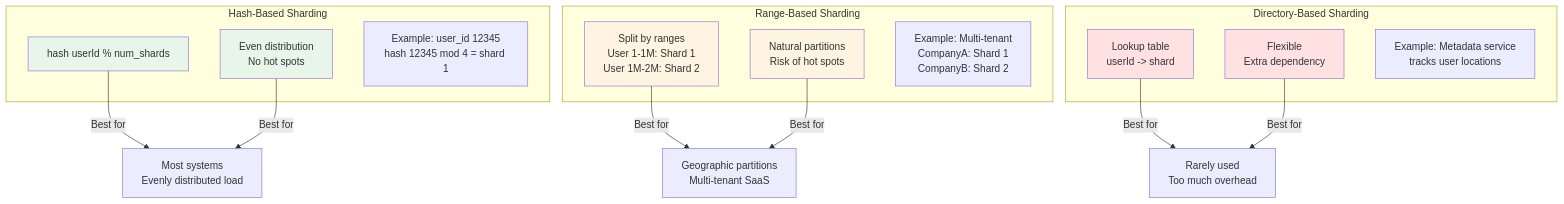
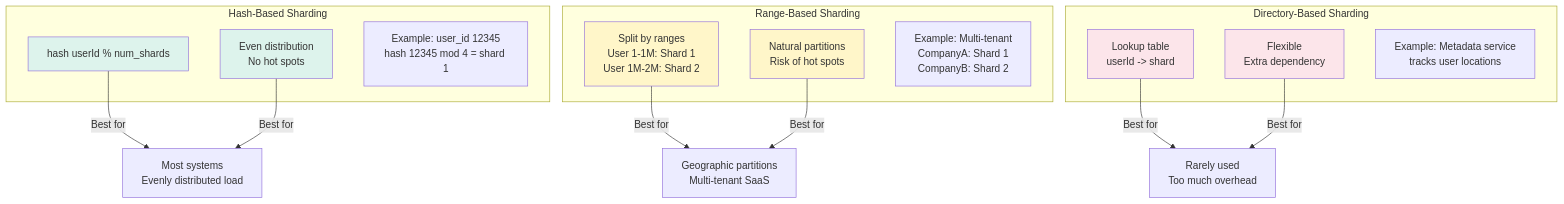
Diagram 16 of 34 in LLD/CoreConcepts/CoreConcepts.md (cartmancodes/InterviewVault), drawn with Mermaid before and after one commit. The commit also changed other lines of this file and 679 other files, not shown here.

Commit message:
Unify content diagrams and add accessible visual walkthroughs

````diff
--- a/LLD/CoreConcepts/CoreConcepts.md
+++ b/LLD/CoreConcepts/CoreConcepts.md
@@ -577,31 +577,31 @@
 ```mermaid
 graph TB
     subgraph "Hash-Based Sharding"
         H1[hash userId % num_shards]
         H2[Even distribution<br/>No hot spots]
         H3[Example: user_id 12345<br/>hash 12345 mod 4 = shard 1]
     end
     
     subgraph "Range-Based Sharding"
         R1[Split by ranges<br/>User 1-1M: Shard 1<br/>User 1M-2M: Shard 2]
         R2[Natural partitions<br/>Risk of hot spots]
         R3[Example: Multi-tenant<br/>CompanyA: Shard 1<br/>CompanyB: Shard 2]
     end
     
     subgraph "Directory-Based Sharding"
         D1[Lookup table<br/>userId -> shard]
         D2[Flexible<br/>Extra dependency]
         D3[Example: Metadata service<br/>tracks user locations]
     end
     
     H1 & H2 -->|Best for| HU[Most systems<br/>Evenly distributed load]
     R1 & R2 -->|Best for| RU[Geographic partitions<br/>Multi-tenant SaaS]
     D1 & D2 -->|Best for| DU[Rarely used<br/>Too much overhead]
     
-    style H1 fill:#e8f5e9
-    style H2 fill:#e8f5e9
-    style R1 fill:#fff4e1
-    style R2 fill:#fff4e1
-    style D1 fill:#ffe1e1
-    style D2 fill:#ffe1e1
+    style H1 fill:#DDF3EC
+    style H2 fill:#DDF3EC
+    style R1 fill:#FFF6C9
+    style R2 fill:#FFF6C9
+    style D1 fill:#FCE5EA
+    style D2 fill:#FCE5EA
 ```
````
